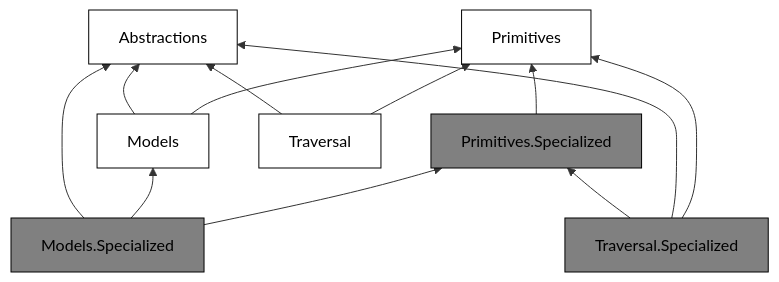
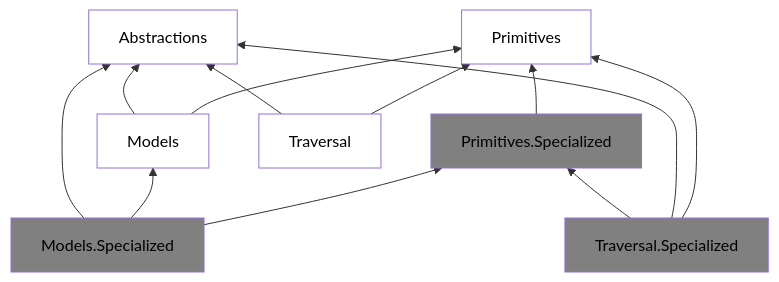
Before and after one commit to qbit86/arborescence: the diagram in README.md, drawn with Mermaid. The commit also changed 1 other file, not shown here.

Commit message:
Refactor flowchart class definitions

````diff
--- a/README.md
+++ b/README.md
@@ -23,26 +23,27 @@
 ```mermaid
 flowchart BT
     Abstractions
     Primitives
     Models
     PrimitivesSpecialized["Primitives.Specialized"]
     Traversal
     ModelsSpecialized["Models.Specialized"]
     TraversalSpecialized["Traversal.Specialized"]
 
     Models --> Abstractions
     Models --> Primitives
     PrimitivesSpecialized --> Primitives
     Traversal --> Abstractions
     Traversal --> Primitives
     ModelsSpecialized --> Abstractions
     ModelsSpecialized --> Models
     ModelsSpecialized --> PrimitivesSpecialized
     TraversalSpecialized --> PrimitivesSpecialized
     TraversalSpecialized --> Abstractions
     TraversalSpecialized --> Primitives
 
-    classDef default fill:white,stroke:black,color:black
-    classDef specialized fill:grey,stroke:black,color:black
+    classDef base fill:white,color:black
+    classDef specialized fill:grey,color:black
+    class Abstractions,Primitives,Models,Traversal base
     class PrimitivesSpecialized,ModelsSpecialized,TraversalSpecialized specialized
 ```
````
